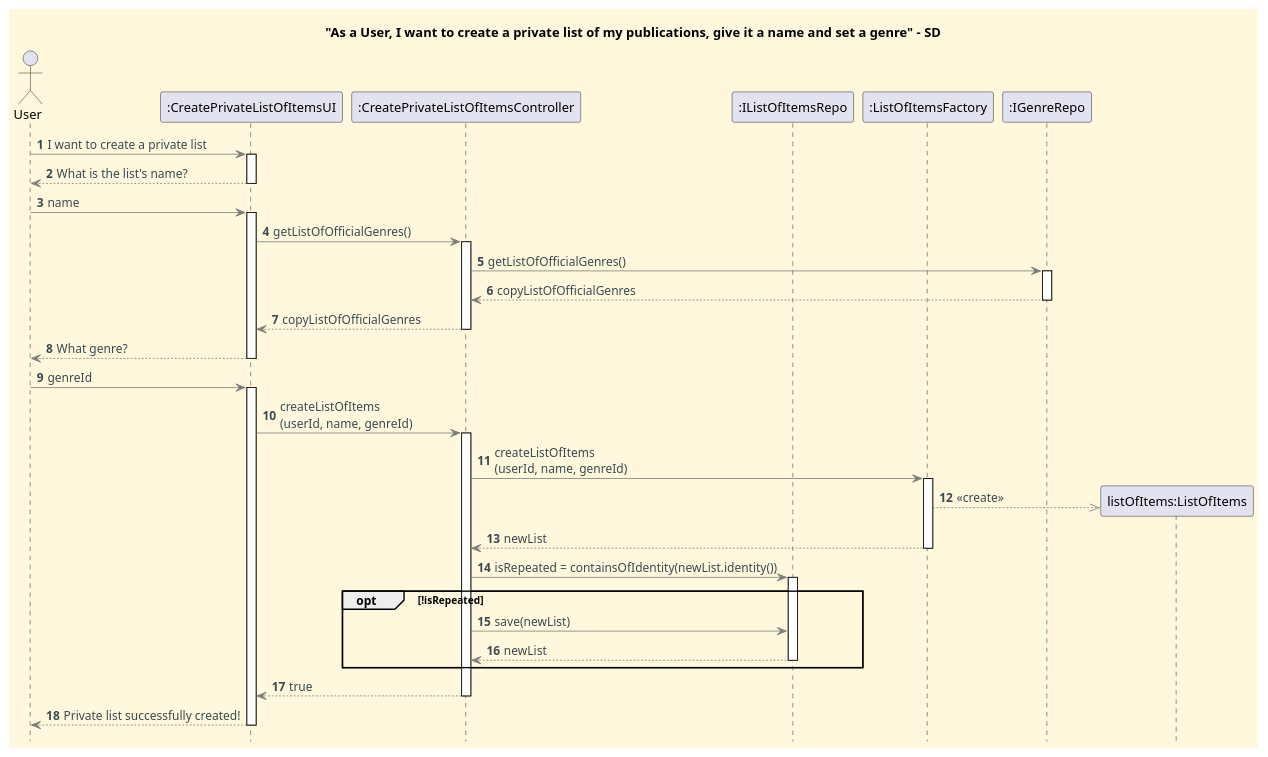
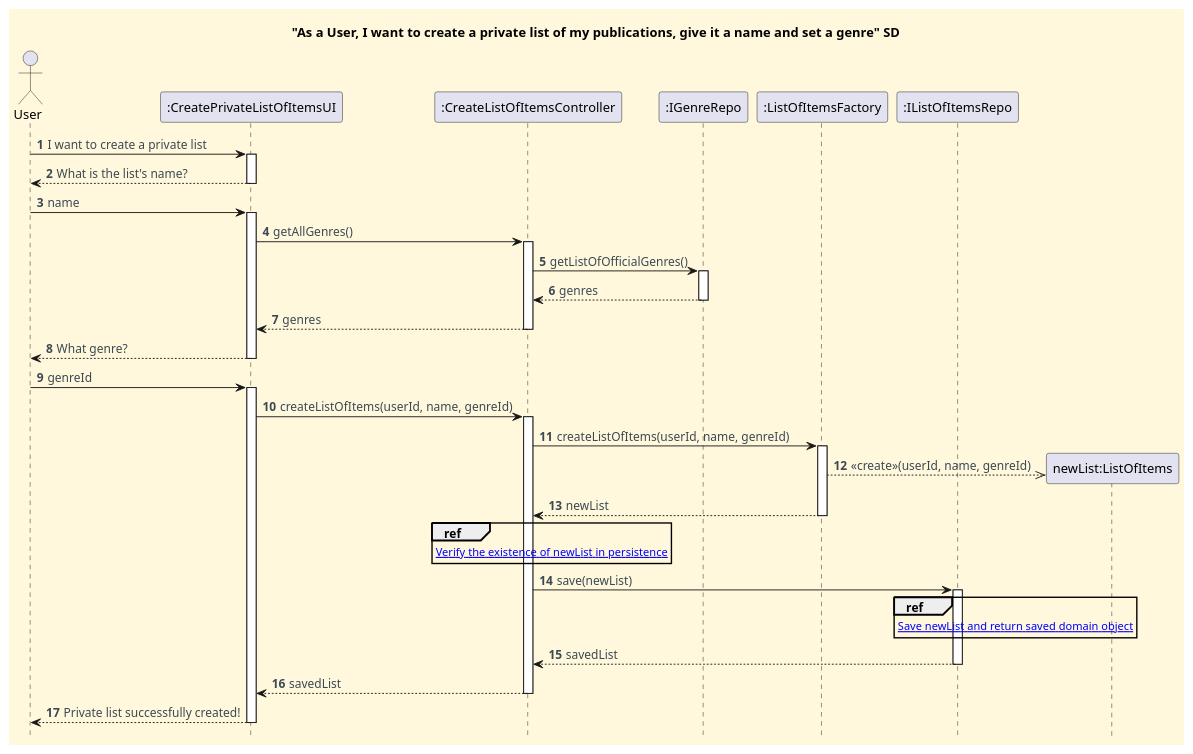
One commit to CarolinaLeite-collab/JavaMarketplacePlatform changed the diagram in docs/functionalities/user/create-private-list-of-my-publications/To_Create_A_Private_List_Of_My_Publications_SD.puml. Above: the diagram before and after it, drawn with PlantUML. The commit also changed 3 other files, not shown here.

Commit message:
Feat: Update US017 CD, SD and ref diagrams, Refs: #716

```diff
--- a/docs/functionalities/user/create-private-list-of-my-publications/To_Create_A_Private_List_Of_My_Publications_SD.puml
+++ b/docs/functionalities/user/create-private-list-of-my-publications/To_Create_A_Private_List_Of_My_Publications_SD.puml
@@ -1,77 +1,75 @@
 @startuml
+title "As a User, I want to create a private list of my publications, give it a name and set a genre" SD
 hide footbox
-title "As a User, I want to create a private list of my publications, give it a name and set a genre" - SD
 
-'==== basic style ===='
 skinparam monochrome false
 skinparam shadowing false
 skinparam defaultFontName Futura
 skinparam objectFontSize 20
 skinparam backgroundColor CornSilk
 skinparam objectBackgroundColor WhiteSmoke
 skinparam noteBackgroundColor #FFFFE0
 skinparam ArrowFontColor #3B4953
-skinparam ArrowColor #57595BAA
+skinparam ActivationBackgroundColor black
 
 autonumber
 autoactivate off
 
-'==== Actor and Participants ===='
 actor "User"
+participant ":CreatePrivateListOfItemsUI" as UI
+participant ":CreateListOfItemsController" as Ctl
+participant ":IGenreRepo" as IGenreRepo
+participant ":ListOfItemsFactory" as Factory
+participant ":IListOfItemsRepo" as IRepo
 
-participant ":CreatePrivateListOfItemsUI" as UI
-participant ":CreatePrivateListOfItemsController" as CTL
-participant ":IListOfItemsRepo" as IRepo
-participant ":ListOfItemsFactory" as Factory
-participant ":IGenreRepo" as IGenreRepo
-
-'==== UI interaction ===='
-"User" -> UI: I want to create a private list
+"User" -> UI : I want to create a private list
+activate UI
+UI --> "User" : What is the list's name?
+deactivate UI
+"User" -> UI : name
 activate UI
 
-"User" <-- UI: What is the list's name?
+UI -> Ctl : getAllGenres()
+activate Ctl
+Ctl -> IGenreRepo : getListOfOfficialGenres()
+activate IGenreRepo
+IGenreRepo --> Ctl : genres
+deactivate IGenreRepo
+Ctl --> UI : genres
+deactivate Ctl
+
+UI --> "User" : What genre?
 deactivate UI
-"User" -> UI: name
+"User" -> UI : genreId
 activate UI
 
-UI -> CTL: getListOfOfficialGenres()
-activate CTL
-CTL -> IGenreRepo: getListOfOfficialGenres()
-activate IGenreRepo
-CTL <-- IGenreRepo: copyListOfOfficialGenres
-deactivate IGenreRepo
-UI <-- CTL: copyListOfOfficialGenres
-deactivate CTL
+UI -> Ctl : createListOfItems(userId, name, genreId)
+activate Ctl
 
-"User" <-- UI: What genre?
-deactivate UI
-"User" -> UI: genreId
-activate UI
-
-'==== Use case execution ===='
-UI -> CTL: createListOfItems\n(userId, name, genreId)
-activate CTL
-CTL -> Factory: createListOfItems\n(userId, name, genreId)
+Ctl -> Factory : createListOfItems(userId, name, genreId)
 activate Factory
-create "listOfItems:ListOfItems" as listOfItems
-Factory -->> listOfItems: <<create>>
-Factory --> CTL : newList
+create "newList:ListOfItems"
+Factory -->> "newList:ListOfItems" : <<create>>(userId, name, genreId)
+Factory --> Ctl : newList
 deactivate Factory
 
-' Orchestration of duplicate check and persistence
-CTL -> IRepo : isRepeated = containsOfIdentity(newList.identity())
+ref over Ctl
+[[sd-ref-diagrams/Verify_ListOfItems.puml Verify the existence of newList in persistence]]
+end ref
+
+Ctl -> IRepo : save(newList)
+
+ref over IRepo
+[[sd-ref-diagrams/Save_ListOfItems.puml Save newList and return saved domain object]]
+end ref
+
 activate IRepo
+IRepo --> Ctl : savedList
+deactivate IRepo
 
-opt !isRepeated
-    CTL -> IRepo: save(newList)
-    IRepo --> CTL: newList
-    deactivate IRepo
-end
-
-
-UI <-- CTL: true
-deactivate CTL
-"User" <-- UI: Private list successfully created!
+Ctl --> UI : savedList
+deactivate Ctl
+UI --> "User" : Private list successfully created!
 deactivate UI
 
 @enduml
```
